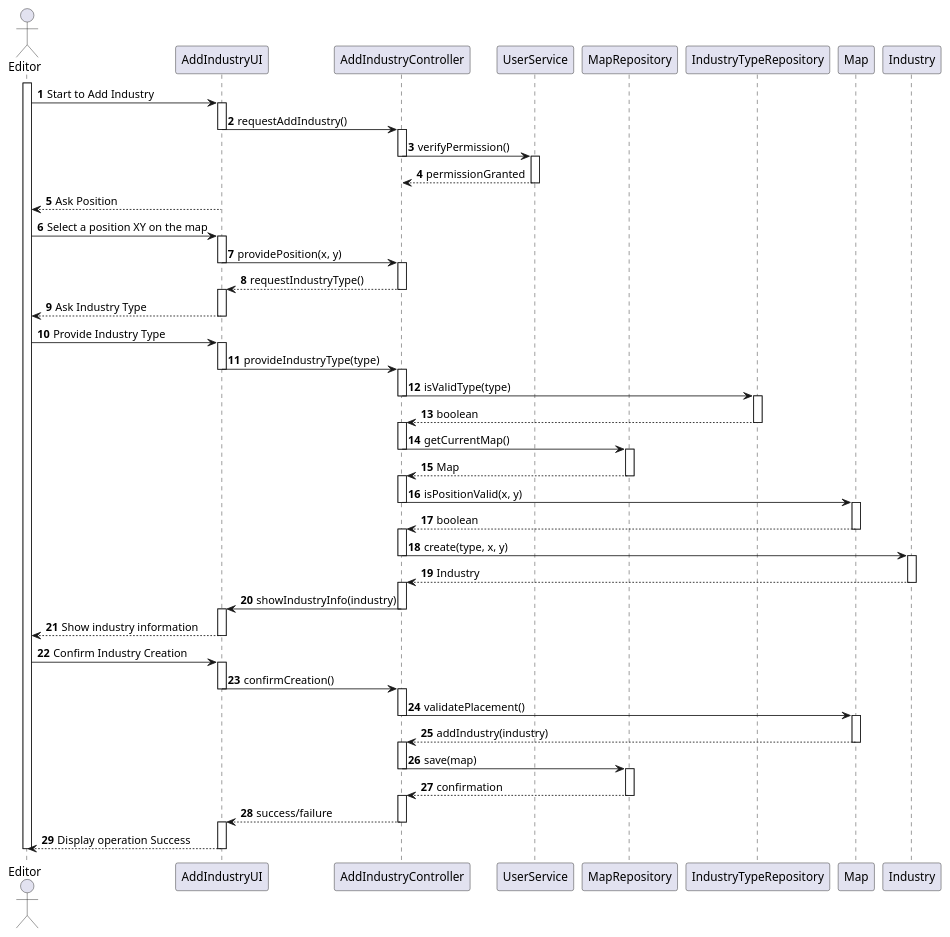
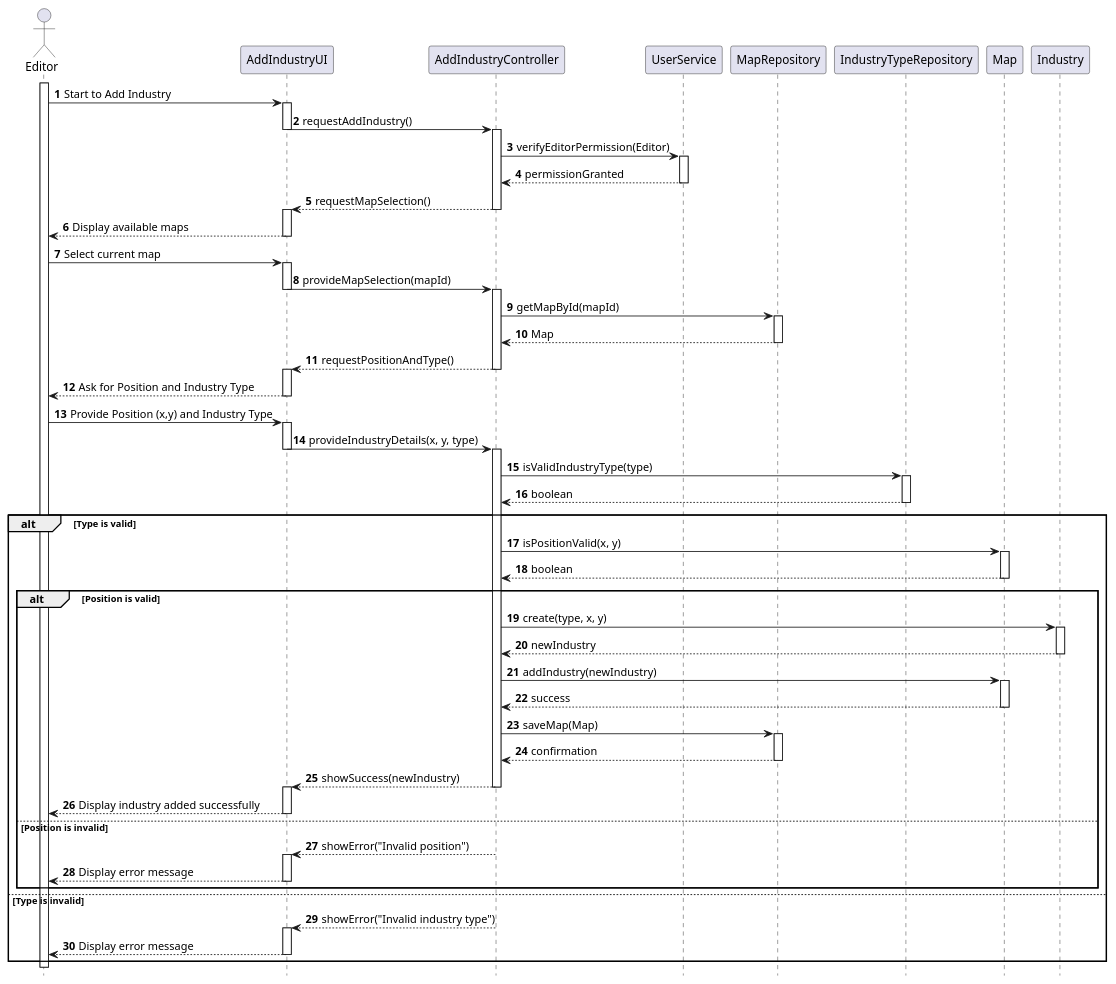
One commit to Andremonteiro1240850/railway_simulator changed the diagram in Sprint2/US02/03.design.us02/puml/US02-SD-full.puml. Above: the diagram before and after it, drawn with PlantUML. The commit also changed 17 other files, not shown here.

Commit message:
Diagrams US02 Updated

```diff
--- a/Sprint2/US02/03.design.us02/puml/US02-SD-full.puml
+++ b/Sprint2/US02/03.design.us02/puml/US02-SD-full.puml
@@ -1,122 +1,109 @@
 @startuml
 'https://plantuml.com/sequence-diagram
-'skinparam monochrome true
 skinparam packageStyle rectangle
 skinparam shadowing false
 
 autonumber
-
-'hide footbox
+hide footbox
 
 actor Editor
 
-participant AddIndustryUI
-participant AddIndustryController
-participant UserService
-participant MapRepository
-participant IndustryTypeRepository
-participant Map
-participant Industry
+participant "AddIndustryUI" as UI
+participant "AddIndustryController" as Controller
+participant "UserService" as UserService
+participant "MapRepository" as MapRepo
+participant "IndustryTypeRepository" as IndustryRepo
+participant "Map" as Map
+participant "Industry" as Industry
 
 activate Editor
-Editor -> AddIndustryUI : Start to Add Industry
-activate AddIndustryUI
-AddIndustryUI -> AddIndustryController : requestAddIndustry()
-deactivate AddIndustryUI
-activate AddIndustryController
+Editor -> UI : Start to Add Industry
+activate UI
 
-AddIndustryController -> UserService : verifyPermission()
-deactivate AddIndustryController
+UI -> Controller : requestAddIndustry()
+deactivate UI
+activate Controller
+
+Controller -> UserService : verifyEditorPermission(Editor)
 activate UserService
-UserService --> AddIndustryController : permissionGranted
+UserService --> Controller : permissionGranted
 deactivate UserService
 
-AddIndustryUI --> Editor : Ask Position
+Controller --> UI : requestMapSelection()
+deactivate Controller
+activate UI
+UI --> Editor : Display available maps
+deactivate UI
 
-Editor -> AddIndustryUI : Select a position XY on the map
+Editor -> UI : Select current map
+activate UI
+UI -> Controller : provideMapSelection(mapId)
+deactivate UI
+activate Controller
 
-activate AddIndustryUI
+Controller -> MapRepo : getMapById(mapId)
+activate MapRepo
+MapRepo --> Controller : Map
+deactivate MapRepo
 
-AddIndustryUI -> AddIndustryController : providePosition(x, y)
-deactivate AddIndustryUI
-activate AddIndustryController
-AddIndustryController --> AddIndustryUI : requestIndustryType()
-deactivate AddIndustryController
-activate AddIndustryUI
-AddIndustryUI --> Editor : Ask Industry Type
-deactivate AddIndustryUI
+Controller --> UI : requestPositionAndType()
+deactivate Controller
+activate UI
+UI --> Editor : Ask for Position and Industry Type
+deactivate UI
 
-Editor -> AddIndustryUI : Provide Industry Type
+Editor -> UI : Provide Position (x,y) and Industry Type
+activate UI
+UI -> Controller : provideIndustryDetails(x, y, type)
+deactivate UI
+activate Controller
 
-activate AddIndustryUI
+Controller -> IndustryRepo : isValidIndustryType(type)
+activate IndustryRepo
+IndustryRepo --> Controller : boolean
+deactivate IndustryRepo
 
+alt Type is valid
+    Controller -> Map : isPositionValid(x, y)
+    activate Map
+    Map --> Controller : boolean
+    deactivate Map
 
-AddIndustryUI -> AddIndustryController : provideIndustryType(type)
-deactivate AddIndustryUI
-activate AddIndustryController
+    alt Position is valid
+        Controller -> Industry : create(type, x, y)
+        activate Industry
+        Industry --> Controller : newIndustry
+        deactivate Industry
 
-AddIndustryController -> IndustryTypeRepository : isValidType(type)
-deactivate AddIndustryController
-activate IndustryTypeRepository
-IndustryTypeRepository --> AddIndustryController : boolean
-deactivate IndustryTypeRepository
-activate AddIndustryController
+        Controller -> Map : addIndustry(newIndustry)
+        activate Map
+        Map --> Controller : success
+        deactivate Map
 
-AddIndustryController -> MapRepository : getCurrentMap()
-deactivate AddIndustryController
-activate MapRepository
-MapRepository --> AddIndustryController : Map
-deactivate MapRepository
-activate AddIndustryController
+        Controller -> MapRepo : saveMap(Map)
+        activate MapRepo
+        MapRepo --> Controller : confirmation
+        deactivate MapRepo
 
-AddIndustryController -> Map : isPositionValid(x, y)
-deactivate AddIndustryController
-activate Map
-Map --> AddIndustryController : boolean
-deactivate Map
-activate AddIndustryController
+        Controller --> UI : showSuccess(newIndustry)
+        deactivate Controller
+        activate UI
+        UI --> Editor : Display industry added successfully
+        deactivate UI
+    else Position is invalid
+        Controller --> UI : showError("Invalid position")
+        deactivate Controller
+        activate UI
+        UI --> Editor : Display error message
+        deactivate UI
+    end
+else Type is invalid
+    Controller --> UI : showError("Invalid industry type")
+    deactivate Controller
+    activate UI
+    UI --> Editor : Display error message
+    deactivate UI
+end
 
-AddIndustryController -> Industry : create(type, x, y)
-deactivate AddIndustryController
-activate Industry
-Industry --> AddIndustryController : Industry
-deactivate Industry
-activate AddIndustryController
-
-AddIndustryController -> AddIndustryUI : showIndustryInfo(industry)
-deactivate AddIndustryController
-activate AddIndustryUI
-AddIndustryUI --> Editor : Show industry information
-deactivate AddIndustryUI
-
-Editor -> AddIndustryUI : Confirm Industry Creation
-activate AddIndustryUI
-AddIndustryUI -> AddIndustryController : confirmCreation()
-deactivate AddIndustryUI
-activate AddIndustryController
-
-AddIndustryController -> Map : validatePlacement()
-deactivate AddIndustryController
-activate Map
-
-Map --> AddIndustryController : addIndustry(industry)
-deactivate Map
-activate AddIndustryController
-
-
-AddIndustryController -> MapRepository : save(map)
-deactivate AddIndustryController
-activate MapRepository
-MapRepository --> AddIndustryController : confirmation
-deactivate MapRepository
-activate AddIndustryController
-
-AddIndustryController --> AddIndustryUI : success/failure
-deactivate AddIndustryController
-activate AddIndustryUI
-
-AddIndustryUI --> Editor : Display operation Success
-deactivate AddIndustryUI
 deactivate Editor
-
 @enduml
```
